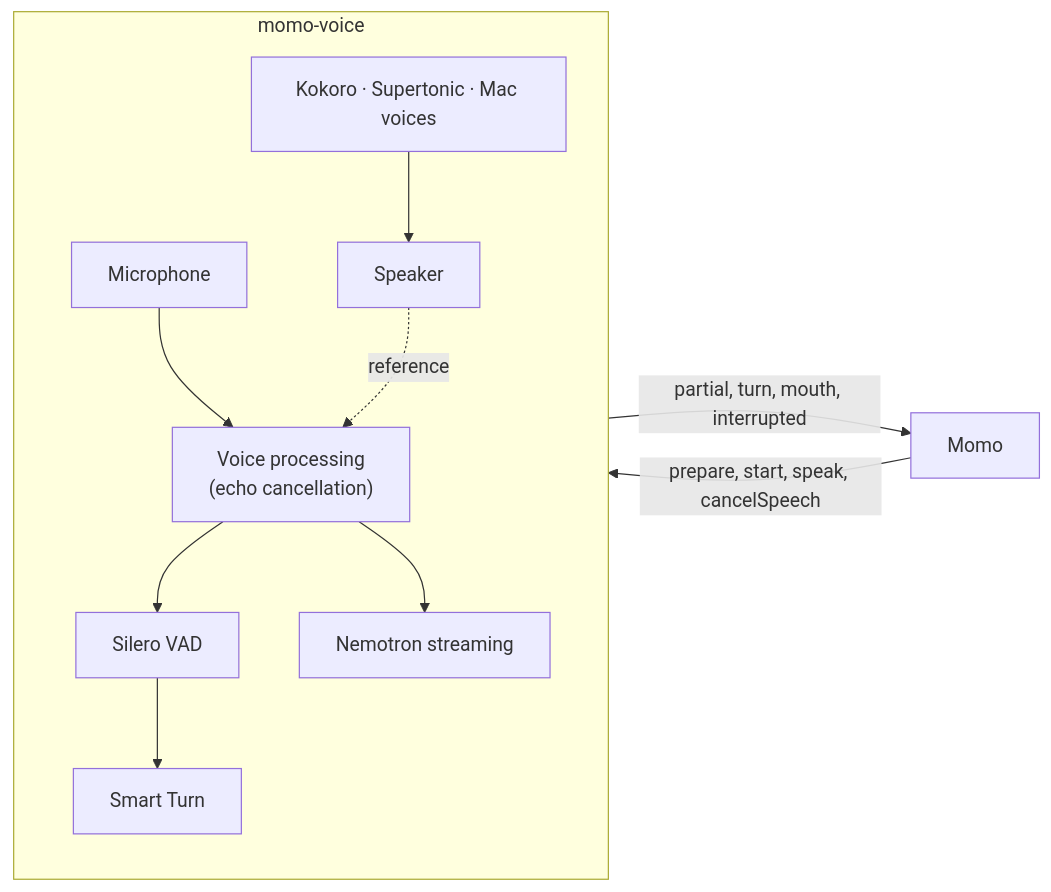
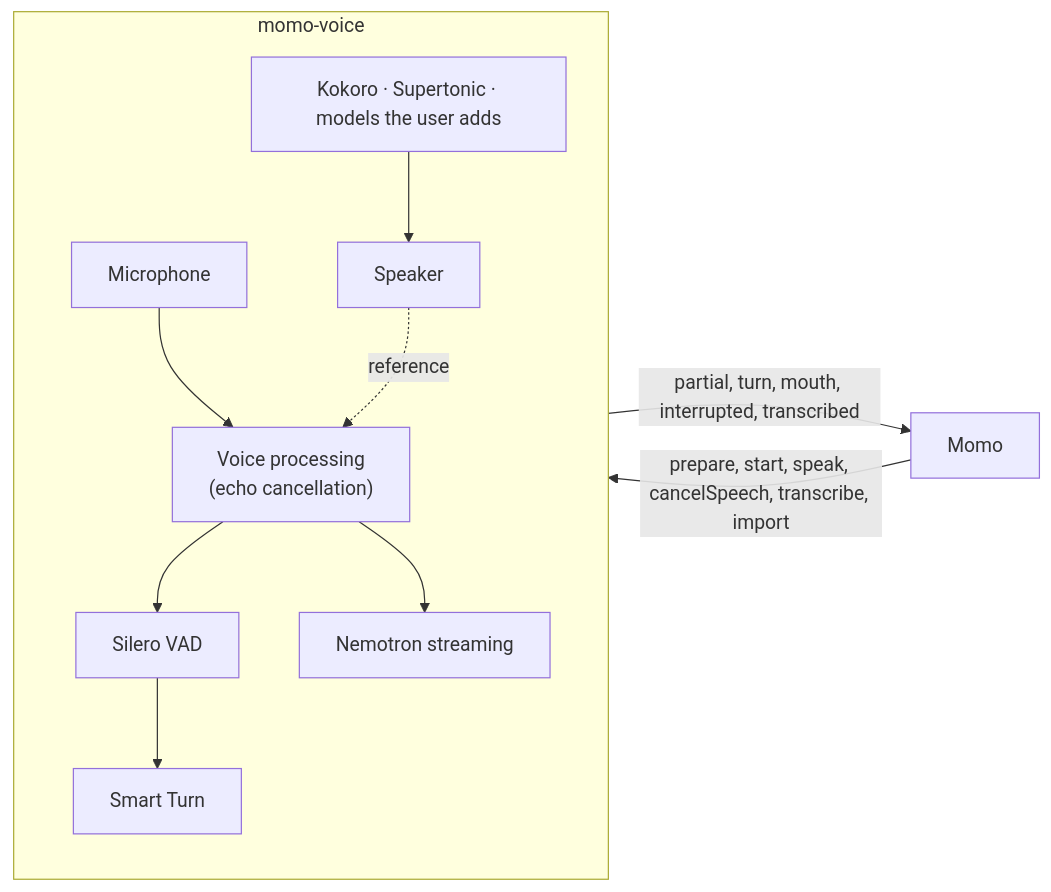
Before and after one commit to uemrey0/momo: the third of 3 diagrams in docs/architecture.md, drawn with Mermaid. The commit also changed other lines of this file and 49 other files, not shown here.

First line of the commit message:
feat(voice): talk only with Momo's voice models, and say what happens

````diff
--- a/docs/architecture.md
+++ b/docs/architecture.md
@@ -307,12 +324,12 @@
 ```mermaid
 flowchart LR
-  Momo["Momo"] -- "prepare, start, speak, cancelSpeech" --> Helper
-  Helper -- "partial, turn, mouth, interrupted" --> Momo
+  Momo["Momo"] -- "prepare, start, speak, cancelSpeech, transcribe, import" --> Helper
+  Helper -- "partial, turn, mouth, interrupted, transcribed" --> Momo
   subgraph Helper["momo-voice"]
     Mic["Microphone"] --> VPIO["Voice processing\n(echo cancellation)"]
     VPIO --> VAD["Silero VAD"] --> Turn["Smart Turn"]
     VPIO --> ASR["Nemotron streaming"]
-    TTS["Kokoro · Supertonic · Mac voices"] --> Out["Speaker"]
+    TTS["Kokoro · Supertonic · models the user adds"] --> Out["Speaker"]
     Out -. reference .-> VPIO
   end
 ```
````
